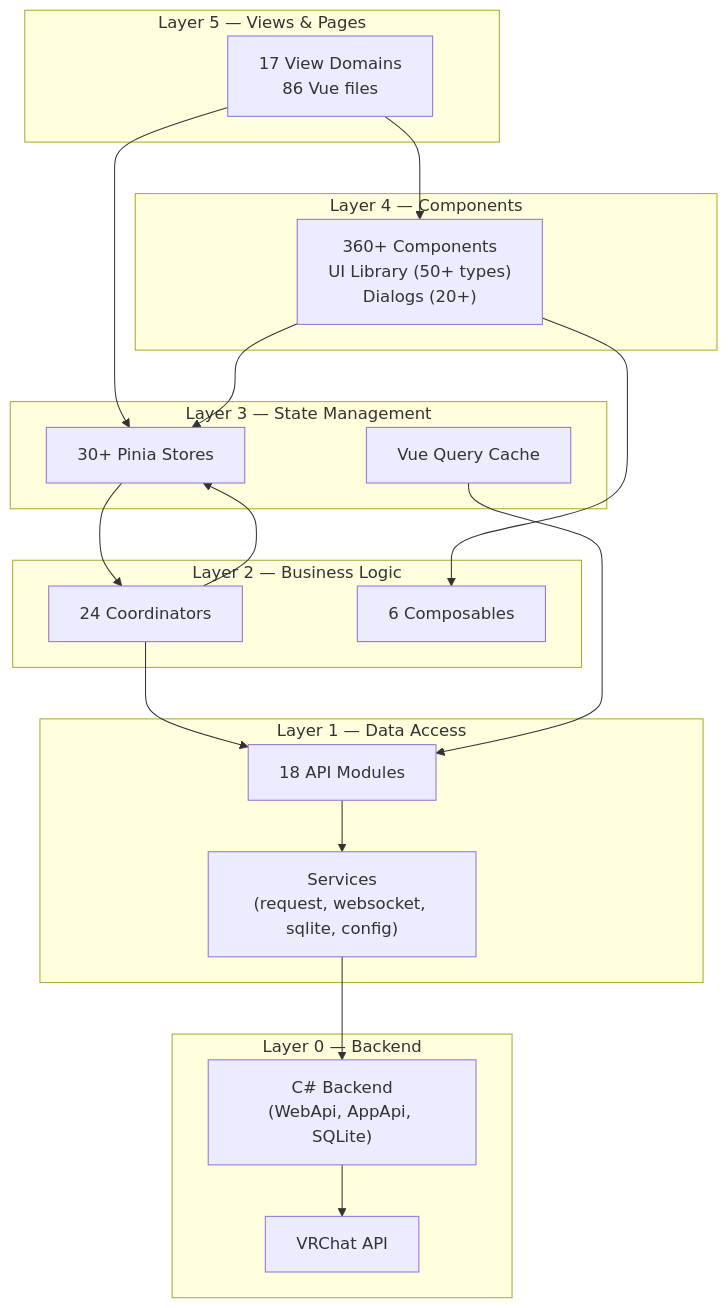
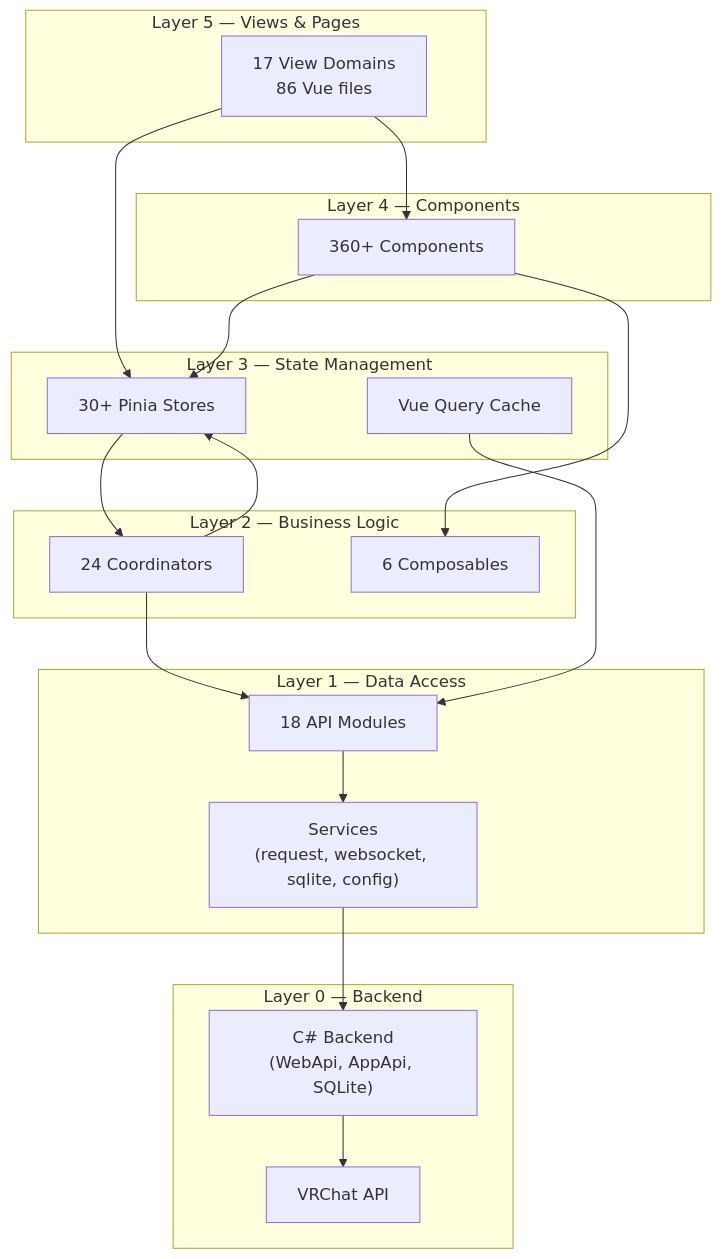
Before and after one commit to Map1en/vrcx-docs: the first of 2 diagrams in en/architecture/overview.md, drawn with Mermaid. The commit also changed other lines of this file and 16 other files, not shown here.

````diff
--- a/en/architecture/overview.md
+++ b/en/architecture/overview.md
@@ -20,42 +20,42 @@
 ```mermaid
 graph TD
     subgraph Layer5["Layer 5 — Views & Pages"]
         Views["17 View Domains<br/>86 Vue files"]
     end
 
     subgraph Layer4["Layer 4 — Components"]
-        Components["360+ Components<br/>UI Library (50+ types)<br/>Dialogs (20+)"]
+        Components["360+ Components"]
     end
 
     subgraph Layer3["Layer 3 — State Management"]
         Stores["30+ Pinia Stores"]
         Queries["Vue Query Cache"]
     end
 
     subgraph Layer2["Layer 2 — Business Logic"]
         Coordinators["24 Coordinators"]
         Composables["6 Composables"]
     end
 
     subgraph Layer1["Layer 1 — Data Access"]
         API["18 API Modules"]
         Services["Services<br/>(request, websocket, sqlite, config)"]
     end
 
     subgraph Layer0["Layer 0 — Backend"]
         CSharp["C# Backend<br/>(WebApi, AppApi, SQLite)"]
         VRChatAPI["VRChat API"]
     end
 
     Views --> Components
     Views --> Stores
     Components --> Stores
     Components --> Composables
     Stores --> Coordinators
     Coordinators --> Stores
     Coordinators --> API
     Queries --> API
     API --> Services
     Services --> CSharp
     CSharp --> VRChatAPI
 ```
````
